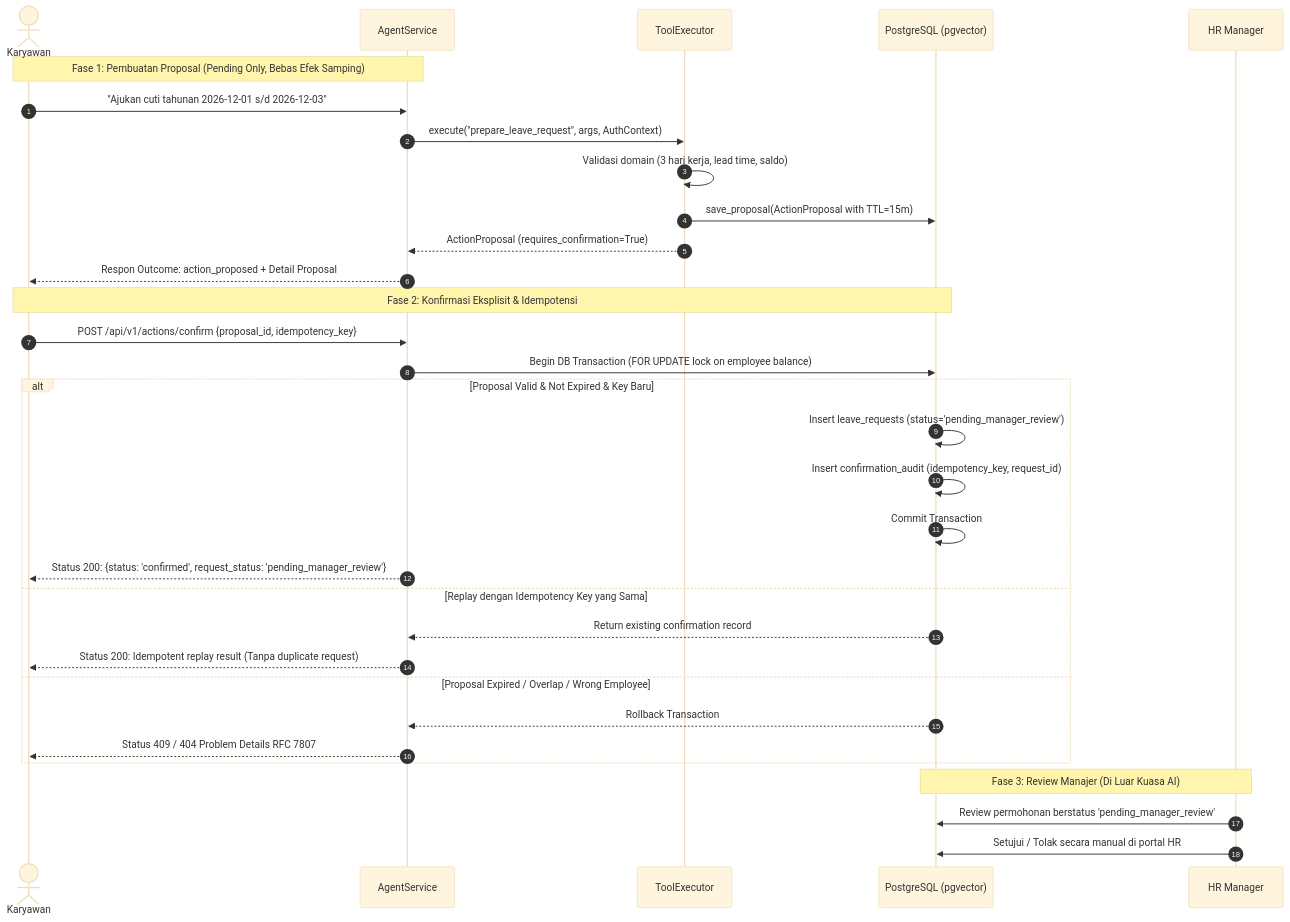
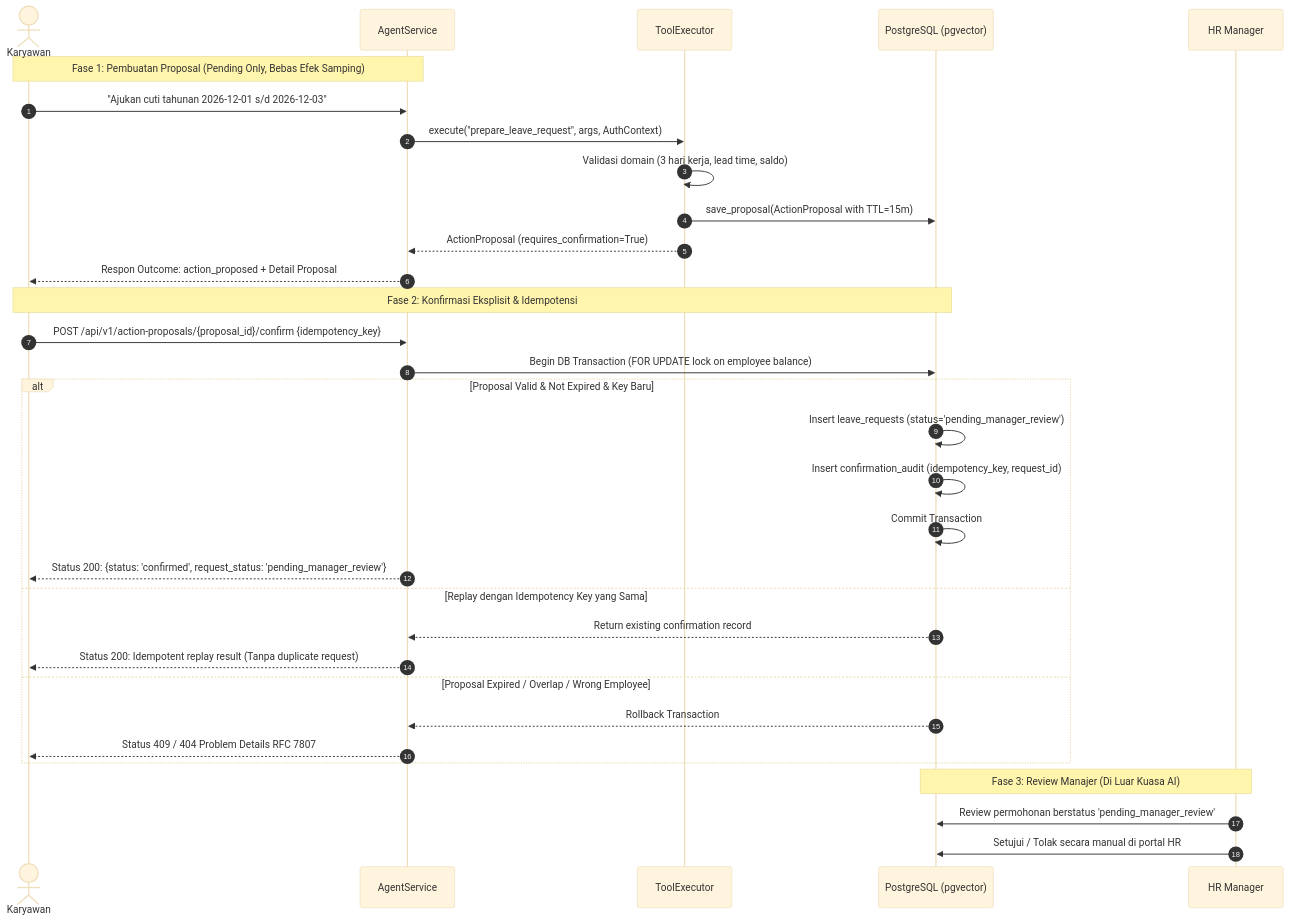
Before and after one commit to azbayou/AIEN-RMT002-BayuAziz: the fourth of 6 diagrams in milestone2-HR-Agent/architecture.md, drawn with Mermaid (base theme). The commit also changed other lines of this file and 7 other files, not shown here.

````diff
--- a/milestone2-HR-Agent/architecture.md
+++ b/milestone2-HR-Agent/architecture.md
@@ -176,37 +175,37 @@
 ```mermaid
 sequenceDiagram
     autonumber
     actor Employee as Karyawan
     participant Agent as AgentService
     participant Tools as ToolExecutor
     participant DB as PostgreSQL (pgvector)
     participant Manager as HR Manager
 
     Note over Employee,Agent: Fase 1: Pembuatan Proposal (Pending Only, Bebas Efek Samping)
     Employee->>Agent: "Ajukan cuti tahunan 2026-12-01 s/d 2026-12-03"
     Agent->>Tools: execute("prepare_leave_request", args, AuthContext)
     Tools->>Tools: Validasi domain (3 hari kerja, lead time, saldo)
     Tools->>DB: save_proposal(ActionProposal with TTL=15m)
     Tools-->>Agent: ActionProposal (requires_confirmation=True)
     Agent-->>Employee: Respon Outcome: action_proposed + Detail Proposal
 
     Note over Employee,DB: Fase 2: Konfirmasi Eksplisit & Idempotensi
-    Employee->>Agent: POST /api/v1/actions/confirm {proposal_id, idempotency_key}
+    Employee->>Agent: POST /api/v1/action-proposals/{proposal_id}/confirm {idempotency_key}
     Agent->>DB: Begin DB Transaction (FOR UPDATE lock on employee balance)
     alt Proposal Valid & Not Expired & Key Baru
         DB->>DB: Insert leave_requests (status='pending_manager_review')
         DB->>DB: Insert confirmation_audit (idempotency_key, request_id)
         DB->>DB: Commit Transaction
         Agent-->>Employee: Status 200: {status: 'confirmed', request_status: 'pending_manager_review'}
     else Replay dengan Idempotency Key yang Sama
         DB-->>Agent: Return existing confirmation record
         Agent-->>Employee: Status 200: Idempotent replay result (Tanpa duplicate request)
     else Proposal Expired / Overlap / Wrong Employee
         DB-->>Agent: Rollback Transaction
         Agent-->>Employee: Status 409 / 404 Problem Details RFC 7807
     end
 
     Note over DB,Manager: Fase 3: Review Manajer (Di Luar Kuasa AI)
     Manager->>DB: Review permohonan berstatus 'pending_manager_review'
     Manager->>DB: Setujui / Tolak secara manual di portal HR
 ```
````
